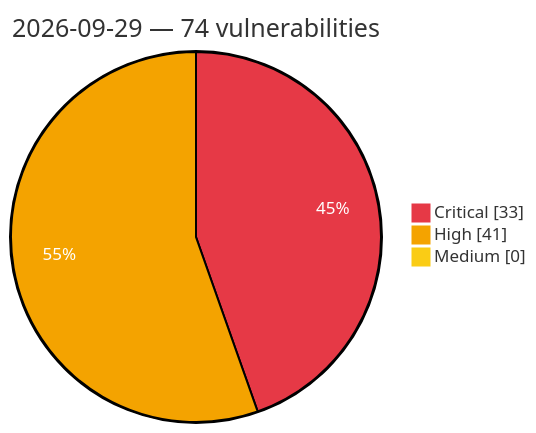
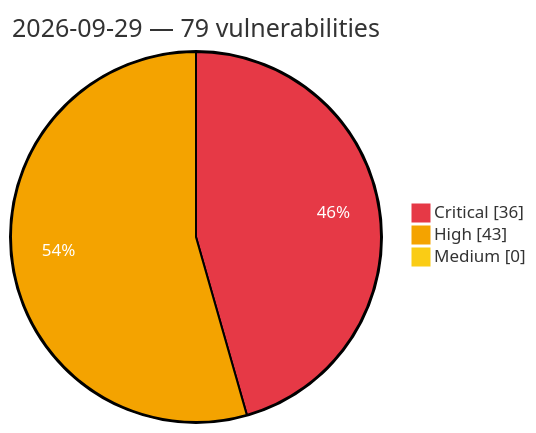
One commit to GhostX0X/vuln-tracker changed the diagram in vulnerabilities/2026/September/2026-09-29.md. Above: the diagram before and after it, drawn with Mermaid. The commit also changed other lines of this file and 5 other files, not shown here.

Commit message:
Auto update: critical/high vulns (2026-09-30 01:35 UTC)

````diff
--- a/vulnerabilities/2026/September/2026-09-29.md
+++ b/vulnerabilities/2026/September/2026-09-29.md
@@ -3,8 +3,8 @@
 ```mermaid
 %%{init: {'theme':'base', 'themeVariables': {'pie1':'#e63946', 'pie2':'#f4a300', 'pie3':'#facc15', 'pieOpacity':'1', 'pieOuterStrokeWidth':'2px', 'pieSectionTextColor':'#ffffff'}}}%%
 pie showData
-    title 2026-09-29 — 74 vulnerabilities
-    "Critical" : 33
-    "High" : 41
+    title 2026-09-29 — 79 vulnerabilities
+    "Critical" : 36
+    "High" : 43
     "Medium" : 0
 ```
````
